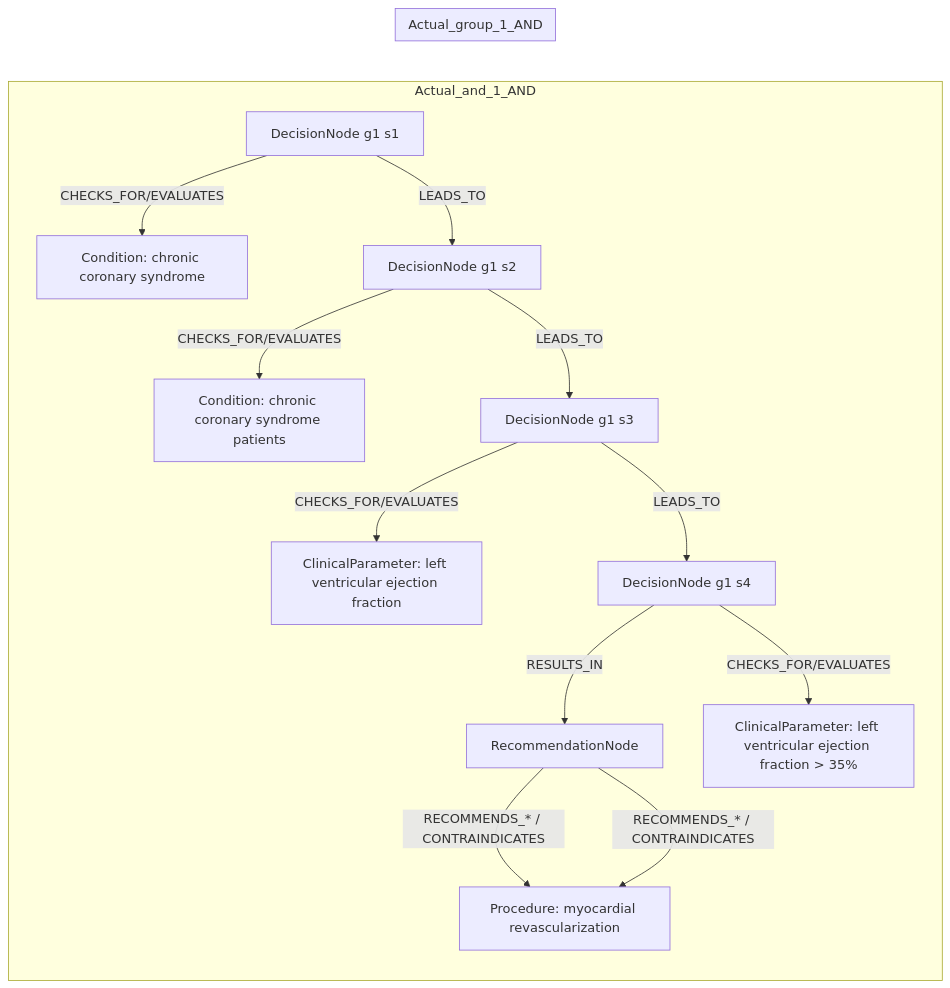
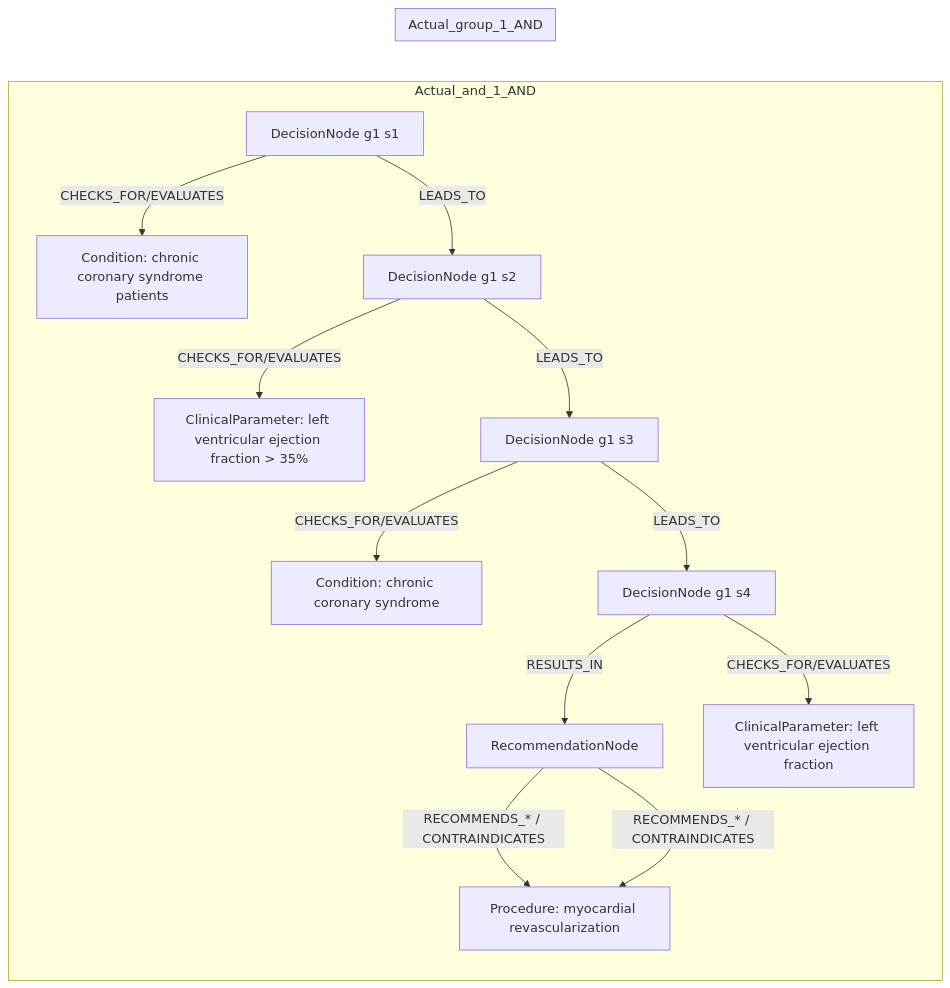
The second of 2 diagrams in docs/table22_rows/row_08.md (dieterich-lab/CardioGuidelinesGraph), drawn with Mermaid before and after one commit. The commit also changed other lines of this file and 17 other files, not shown here.

````diff
--- a/docs/table22_rows/row_08.md
+++ b/docs/table22_rows/row_08.md
@@ -237,30 +237,30 @@
 ```mermaid
 graph LR
   subgraph Actual_and_1_AND
     REC[RecommendationNode]
     D1[DecisionNode g1 s1]
-    C1[Condition: chronic coronary syndrome]
+    C1[Condition: chronic coronary syndrome patients]
     D1 -->|CHECKS_FOR/EVALUATES| C1
     D2[DecisionNode g1 s2]
-    C2[Condition: chronic coronary syndrome patients]
+    C2[ClinicalParameter: left ventricular ejection fraction > 35%]
     D2 -->|CHECKS_FOR/EVALUATES| C2
     D3[DecisionNode g1 s3]
-    C3[ClinicalParameter: left ventricular ejection fraction]
+    C3[Condition: chronic coronary syndrome]
     D3 -->|CHECKS_FOR/EVALUATES| C3
     D4[DecisionNode g1 s4]
-    C4[ClinicalParameter: left ventricular ejection fraction > 35%]
+    C4[ClinicalParameter: left ventricular ejection fraction]
     D4 -->|CHECKS_FOR/EVALUATES| C4
     D1 -->|LEADS_TO| D2
     D2 -->|LEADS_TO| D3
     D3 -->|LEADS_TO| D4
     D4 -->|RESULTS_IN| REC
     ACT1[Procedure: myocardial revascularization]
     REC -->|RECOMMENDS_* / CONTRAINDICATES| ACT1
   end
   subgraph Actual_group_1_AND
     REC[RecommendationNode]
     REC
     ACT1[Procedure: myocardial revascularization]
     REC -->|RECOMMENDS_* / CONTRAINDICATES| ACT1
   end
 ```
````
